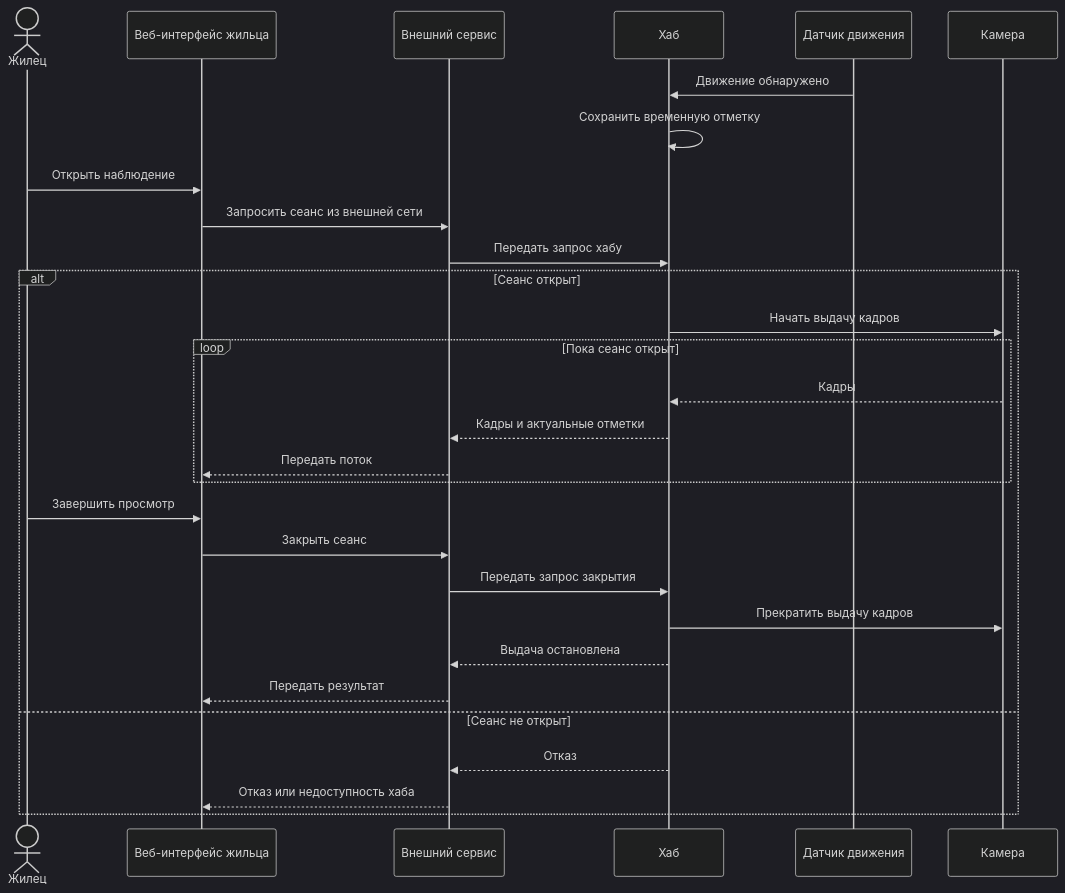
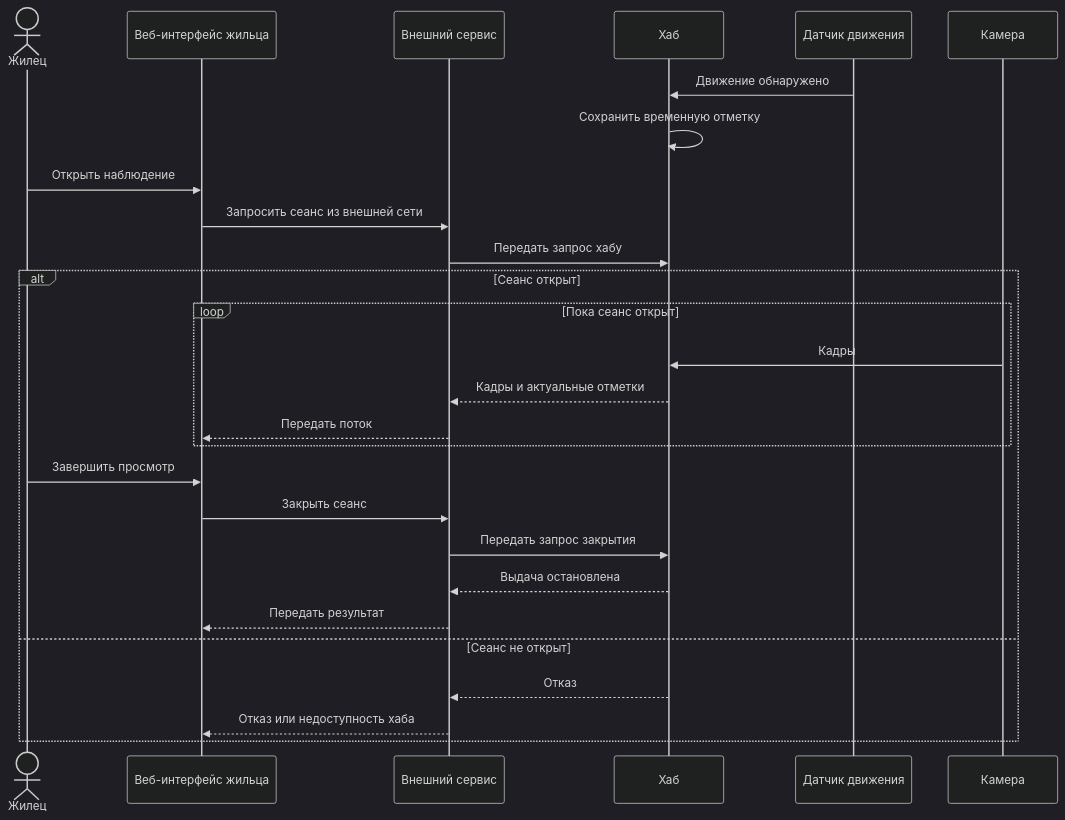
One commit to BPLA-Team/carrot-apples changed the diagram in contractor_side/hla_scenarios/S02_MONITORING.md. Above: the diagram before and after it, drawn with Mermaid (dark theme).

Commit message:
docs(scenarios): upadte hla S02

````diff
--- a/contractor_side/hla_scenarios/S02_MONITORING.md
+++ b/contractor_side/hla_scenarios/S02_MONITORING.md
@@ -3,31 +3,29 @@
 ```mermaid
 sequenceDiagram
     actor R as Жилец
     participant W as Веб-интерфейс жильца
     participant S as Внешний сервис
     participant H as Хаб
     participant D as Датчик движения
     participant C as Камера
     D->>H: Движение обнаружено
     H->>H: Сохранить временную отметку
     R->>W: Открыть наблюдение
     W->>S: Запросить сеанс из внешней сети
     S->>H: Передать запрос хабу
     alt Сеанс открыт
-        H->>C: Начать выдачу кадров
         loop Пока сеанс открыт
-            C-->>H: Кадры
+            C->>H: Кадры
             H-->>S: Кадры и актуальные отметки
             S-->>W: Передать поток
         end
         R->>W: Завершить просмотр
         W->>S: Закрыть сеанс
         S->>H: Передать запрос закрытия
-        H->>C: Прекратить выдачу кадров
         H-->>S: Выдача остановлена
         S-->>W: Передать результат
     else Сеанс не открыт
         H-->>S: Отказ
         S-->>W: Отказ или недоступность хаба
     end
 ```
````
